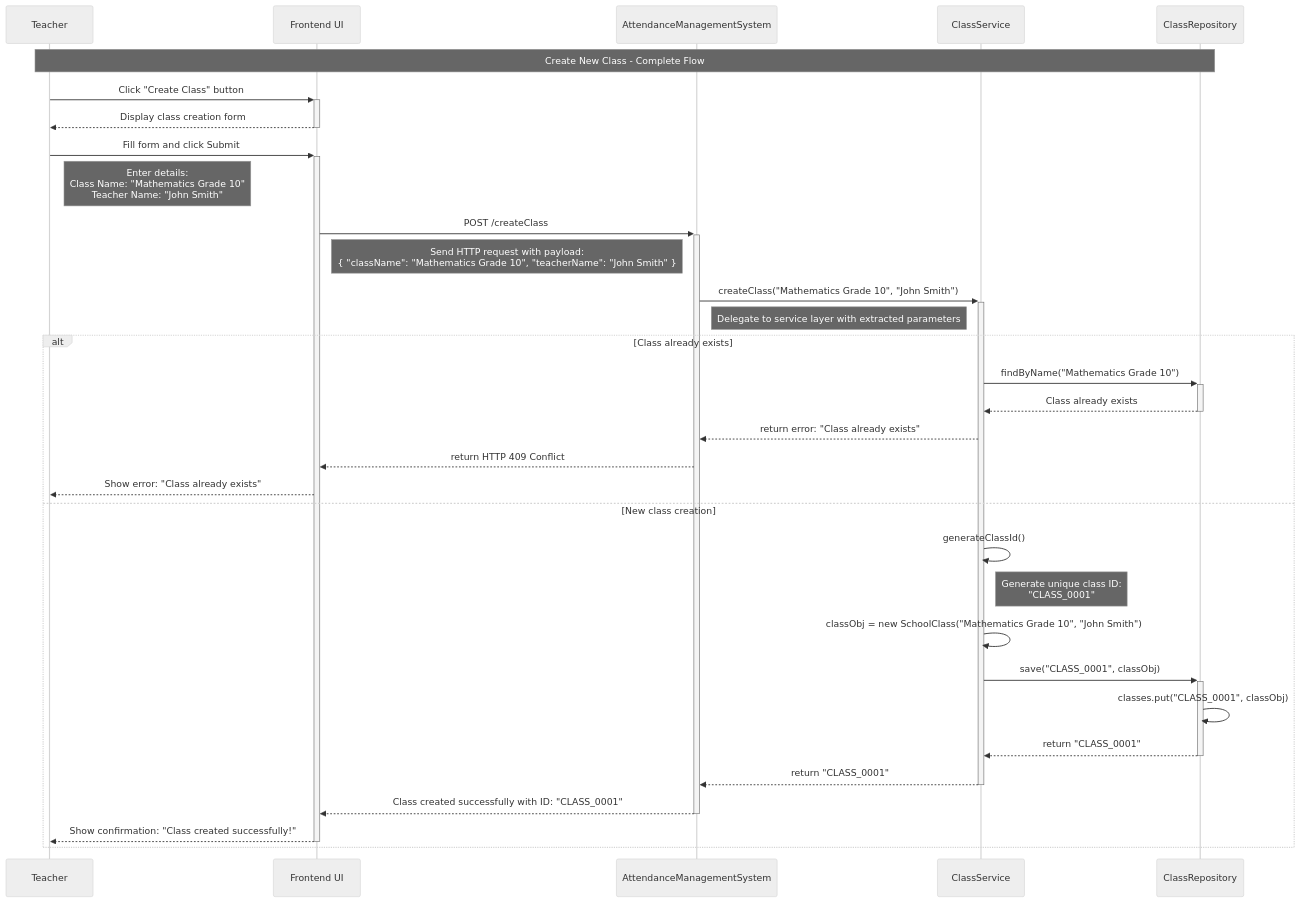
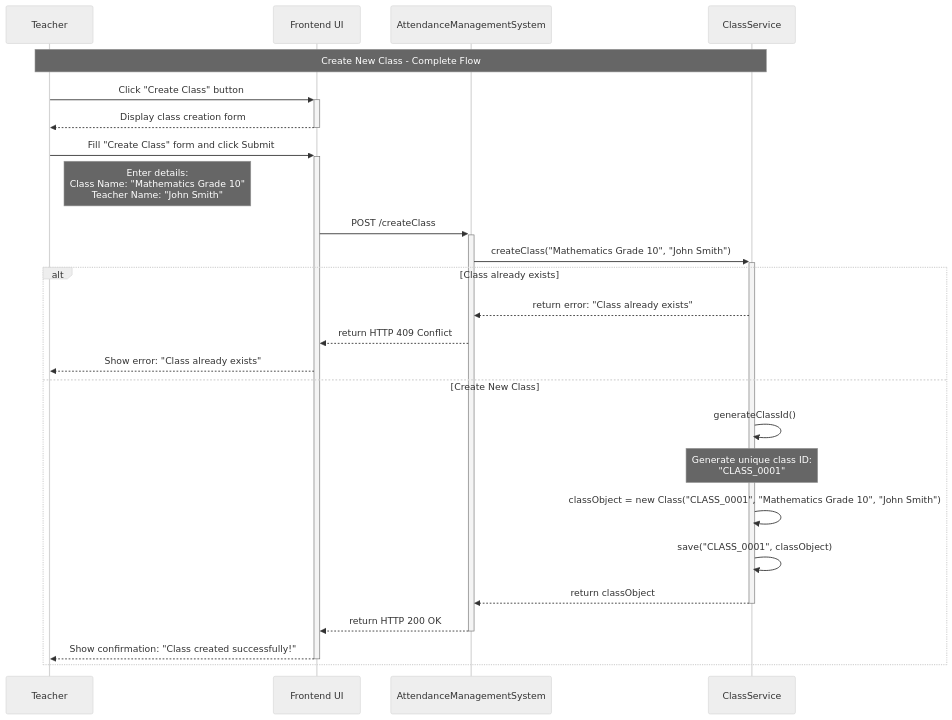
The first of 4 diagrams in Backend Engineering/Case Studies/Case Study 1. Attendance Management System/Documentation/2. Sequence Flow.md (NishchayAnand/software-engineering), drawn with Mermaid (neutral theme) before and after one commit. The commit also changed other lines of this file and 2 other files, not shown here.

Commit message:
understanding sequence flow of create class use case

````diff
--- a/Backend Engineering/Case Studies/Case Study 1. Attendance Management System/Documentation/2. Sequence Flow.md
+++ b/Backend Engineering/Case Studies/Case Study 1. Attendance Management System/Documentation/2. Sequence Flow.md
@@ -33,42 +30,34 @@
 ```mermaid
 sequenceDiagram
 	participant T as Teacher
 	participant UI as Frontend UI
 	participant AMS as AttendanceManagementSystem
 	participant CS as ClassService
-	participant CR as ClassRepository
 
-	Note over T,CR: Create New Class - Complete Flow
+	Note over T,CS: Create New Class - Complete Flow
 
 	%% Interaction 1: Click the "Create Class" Button
 	T->>+UI: Click "Create Class" button
 	UI-->>-T: Display class creation form
 
 	%% Interaction 2: Submit the "Create Class" Form
-	T->>+UI: Fill form and click Submit
+	T->>+UI: Fill "Create Class" form and click Submit
 	Note right of T: Enter details:<br/>Class Name: "Mathematics Grade 10"<br/>Teacher Name: "John Smith"
 
 	UI->>+AMS: POST /createClass
-	Note right of UI: Send HTTP request with payload:<br/>{ "className": "Mathematics Grade 10", "teacherName": "John Smith" }
-
 	AMS->>+CS: createClass("Mathematics Grade 10", "John Smith")
-	Note right of AMS: Delegate to service layer with extracted parameters
 
 	alt Class already exists
-		CS->>+CR: findByName("Mathematics Grade 10")
-		CR-->>-CS: Class already exists
 		CS-->>AMS: return error: "Class already exists"
 		AMS-->>UI: return HTTP 409 Conflict
 		UI-->>T: Show error: "Class already exists"
-	else New class creation
+	else Create New Class
 		CS->>CS: generateClassId()
-		Note right of CS: Generate unique class ID: <br/> "CLASS_0001"
-		CS->>CS: classObj = new SchoolClass("Mathematics Grade 10", "John Smith")
-		CS->>+CR: save("CLASS_0001", classObj)
-		CR->>CR: classes.put("CLASS_0001", classObj)
-		CR-->>-CS: return "CLASS_0001"
-		CS-->>-AMS: return "CLASS_0001"
-		AMS-->>-UI: Class created successfully with ID: "CLASS_0001"
+		Note over CS: Generate unique class ID: <br/> "CLASS_0001"
+		CS->>CS: classObject = new Class("CLASS_0001", "Mathematics Grade 10", "John Smith")
+		CS->>CS: save("CLASS_0001", classObject)
+		CS-->>-AMS: return classObject
+		AMS-->>-UI: return HTTP 200 OK
 		UI-->>-T: Show confirmation: "Class created successfully!"
 	end
 ```
````
